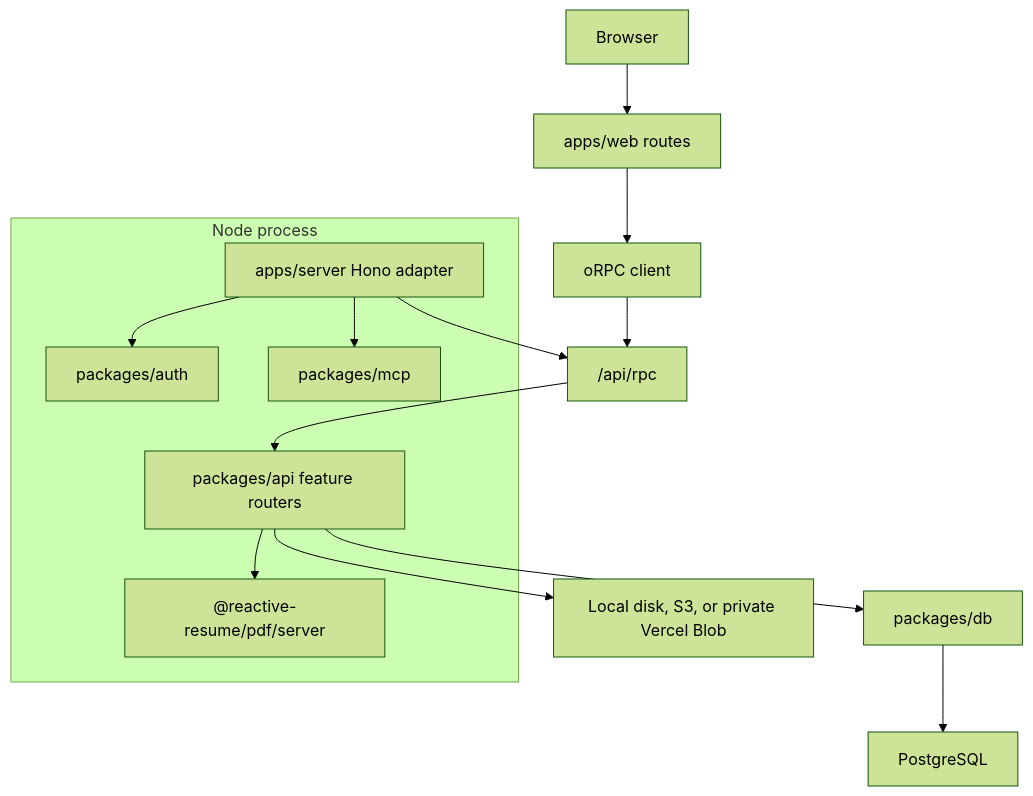
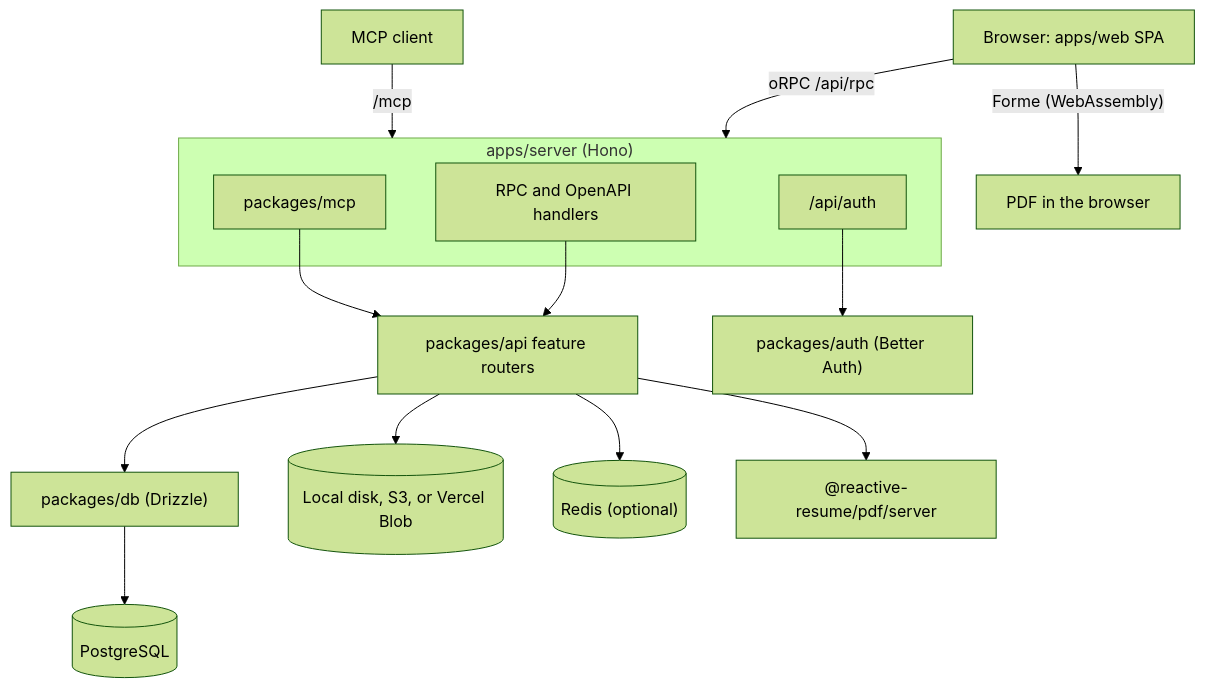
The diagram in docs/contributing/architecture.mdx (ddddd-ren/reactive-resume), drawn with Mermaid (forest theme) before and after one commit. The commit also changed other lines of this file and 344 other files, not shown here.

````diff
--- a/docs/contributing/architecture.mdx
+++ b/docs/contributing/architecture.mdx
@@ -14,23 +18,20 @@
 ```mermaid
 flowchart TD
-  Browser["Browser"] --> WebRoutes["apps/web routes"]
-  WebRoutes --> ORPCClient["oRPC client"]
-  ORPCClient --> RPC["/api/rpc"]
+  Browser["Browser: apps/web SPA"] -->|"oRPC /api/rpc"| Server
+  Browser -->|"Forme (WebAssembly)"| BrowserPDF["PDF in the browser"]
+  MCPClient["MCP client"] -->|"/mcp"| Server
 
-  subgraph NodeProcess["Node process"]
-    Server["apps/server Hono adapter"]
-    API["packages/api feature routers"]
-    Auth["packages/auth"]
+  subgraph Server["apps/server (Hono)"]
+    RPC["RPC and OpenAPI handlers"]
+    AuthRoutes["/api/auth"]
     MCP["packages/mcp"]
-    PDFServer["@reactive-resume/pdf/server"]
   end
 
-  Server --> RPC
-  RPC --> API
-  Server --> Auth
-  Server --> MCP
-  API --> PDFServer
-  API --> DB["packages/db"]
-  API --> Storage["Local disk, S3, or private Vercel Blob"]
-  DB --> Postgres["PostgreSQL"]
+  RPC --> API["packages/api feature routers"]
+  MCP --> API
+  AuthRoutes --> Auth["packages/auth (Better Auth)"]
+  API --> DB["packages/db (Drizzle)"] --> Postgres[("PostgreSQL")]
+  API --> Storage[("Local disk, S3, or Vercel Blob")]
+  API --> Redis[("Redis (optional)")]
+  API --> ServerPDF["@reactive-resume/pdf/server"]
 ```
````
